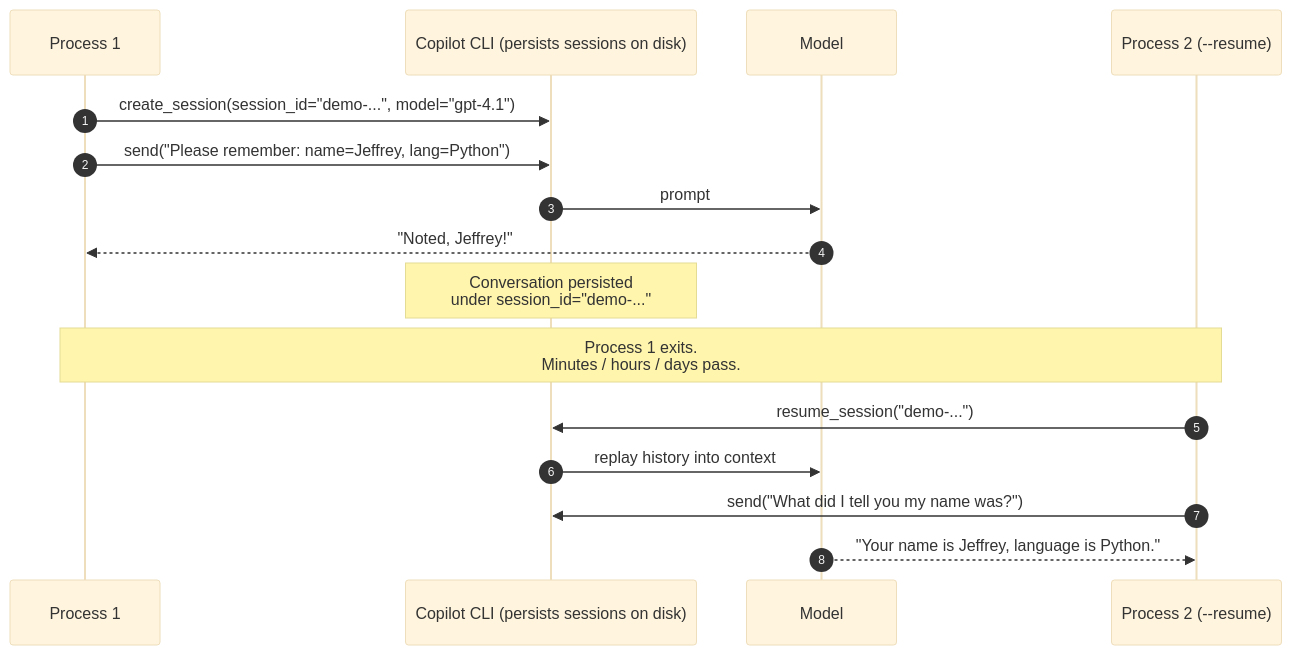
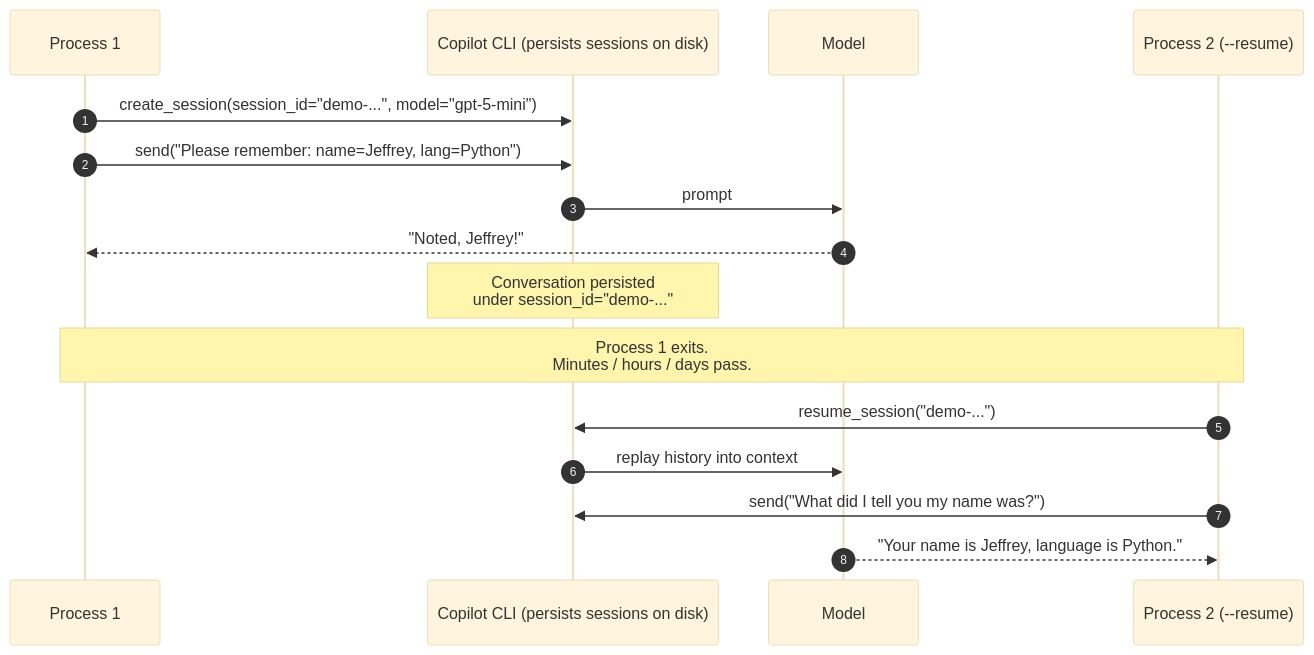
The diagram in examples/06_session_resume.md (jeffrey-groneberg/ghcp_sdk), drawn with Mermaid (base theme) before and after one commit. The commit also changed other lines of this file and 19 other files, not shown here.

````diff
--- a/examples/06_session_resume.md
+++ b/examples/06_session_resume.md
@@ -33,21 +33,21 @@
 ```mermaid
 sequenceDiagram
     autonumber
     participant App1 as Process 1
     participant CLI as Copilot CLI (persists sessions on disk)
     participant Model
     participant App2 as Process 2 (--resume)
 
-    App1->>CLI: create_session(session_id="demo-...", model="gpt-4.1")
+    App1->>CLI: create_session(session_id="demo-...", model="gpt-5-mini")
     App1->>CLI: send("Please remember: name=Jeffrey, lang=Python")
     CLI->>Model: prompt
     Model-->>App1: "Noted, Jeffrey!"
     Note over CLI: Conversation persisted<br/>under session_id="demo-..."
 
     Note over App1, App2: Process 1 exits.<br/>Minutes / hours / days pass.
 
     App2->>CLI: resume_session("demo-...")
     CLI->>Model: replay history into context
     App2->>CLI: send("What did I tell you my name was?")
     Model-->>App2: "Your name is Jeffrey, language is Python."
 ```
````
